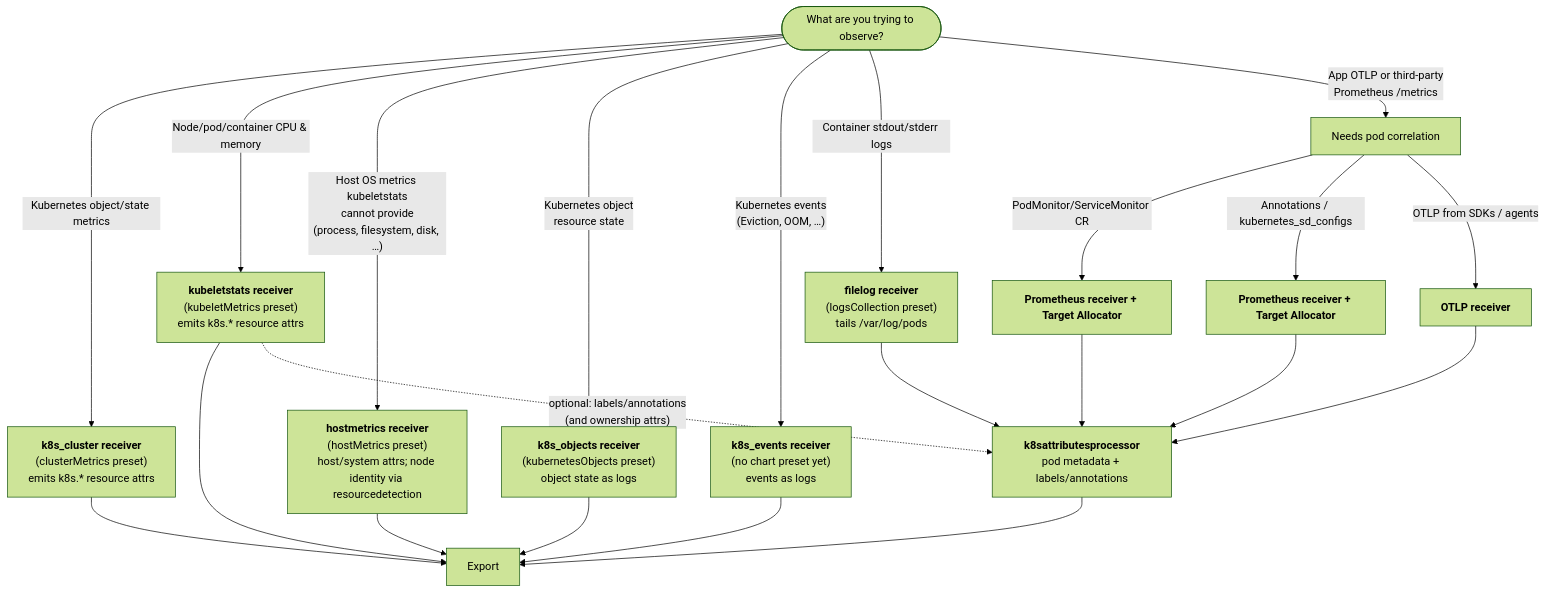
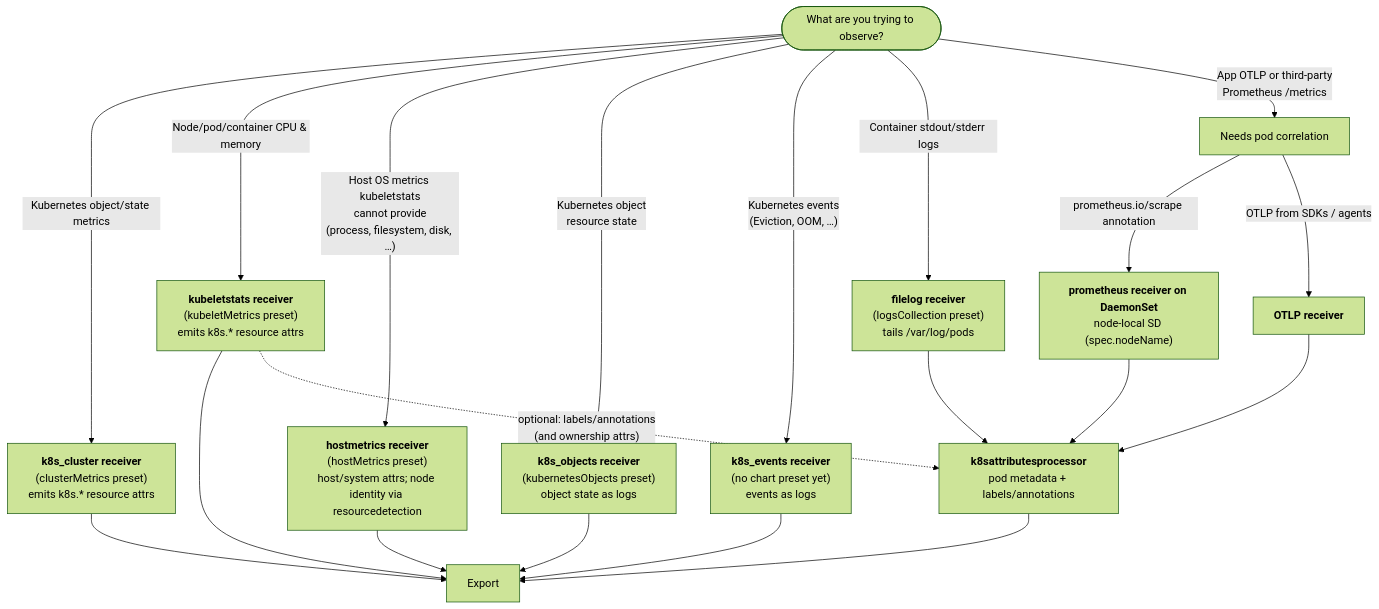
Before and after one commit to open-telemetry/opentelemetry.io: the diagram in content/en/docs/guidance/blueprints/k8s-observability-blueprint.md, drawn with Mermaid (forest theme). The commit also changed other lines of this file, not shown here.

Commit message:
review: refactor Prom distributed scraping from Target Allocator to Daemonset node selector + prom scraping annotation

````diff
--- a/content/en/docs/guidance/blueprints/k8s-observability-blueprint.md
+++ b/content/en/docs/guidance/blueprints/k8s-observability-blueprint.md
@@ -156,27 +157,25 @@
 ```mermaid
 flowchart TD
   Start(["`What are you trying to observe?`"]) -->|"`Kubernetes object/state metrics<br/>`"| Cluster["`**k8s_cluster receiver**<br/>(clusterMetrics preset)<br/>emits k8s.* resource attrs`"]
   Start -->|"`Node/pod/container CPU & memory<br/>`"| Kubelet["`**kubeletstats receiver**<br/>(kubeletMetrics preset)<br/>emits k8s.* resource attrs`"]
   Start -->|"`Host OS metrics kubeletstats<br/>cannot provide<br/>(process, filesystem, disk, …)`"| Host["`**hostmetrics receiver**<br/>(hostMetrics preset)<br/>host/system attrs; node identity via resourcedetection`"]
   Start -->|"`Kubernetes object<br/>resource state`"| Objects["`**k8s_objects receiver**<br/>(kubernetesObjects preset)<br/>object state as logs`"]
   Start -->|"`Kubernetes events<br/>(Eviction, OOM, …)`"| Events["`**k8s_events receiver**<br/>(no chart preset yet)<br/>events as logs`"]
   Start -->|"`Container stdout/stderr logs<br/>`"| Logs["`**filelog receiver**<br/>(logsCollection preset)<br/>tails /var/log/pods`"]
   Start -->|"`App OTLP or third-party<br/>Prometheus /metrics`"| Scraped["`Needs pod correlation`"]
 
-  Scraped -->|"`PodMonitor/ServiceMonitor CR`"| TAcr["`**Prometheus receiver + Target Allocator**`"]
-  Scraped -->|"`Annotations / kubernetes_sd_configs`"| TAann["`**Prometheus receiver + Target Allocator**`"]
+  Scraped -->|"`prometheus.io/scrape annotation`"| Prom["`**prometheus receiver on DaemonSet**<br/>node-local SD (spec.nodeName)`"]
   Scraped -->|"`OTLP from SDKs / agents`"| OTLP["`**OTLP receiver**`"]
 
   Cluster --> Export
   Kubelet --> Export
   Host --> Export
   Objects --> Export
   Events --> Export
 
-  TAcr --> K8sAttr["`**k8sattributesprocessor**<br/>pod metadata + labels/annotations`"]
-  TAann --> K8sAttr
+  Prom --> K8sAttr["`**k8sattributesprocessor**<br/>pod metadata + labels/annotations`"]
   OTLP --> K8sAttr
   Logs --> K8sAttr
   Kubelet -.->|"`optional: labels/annotations<br/>(and ownership attrs)`"| K8sAttr
   K8sAttr --> Export
 ```
````
